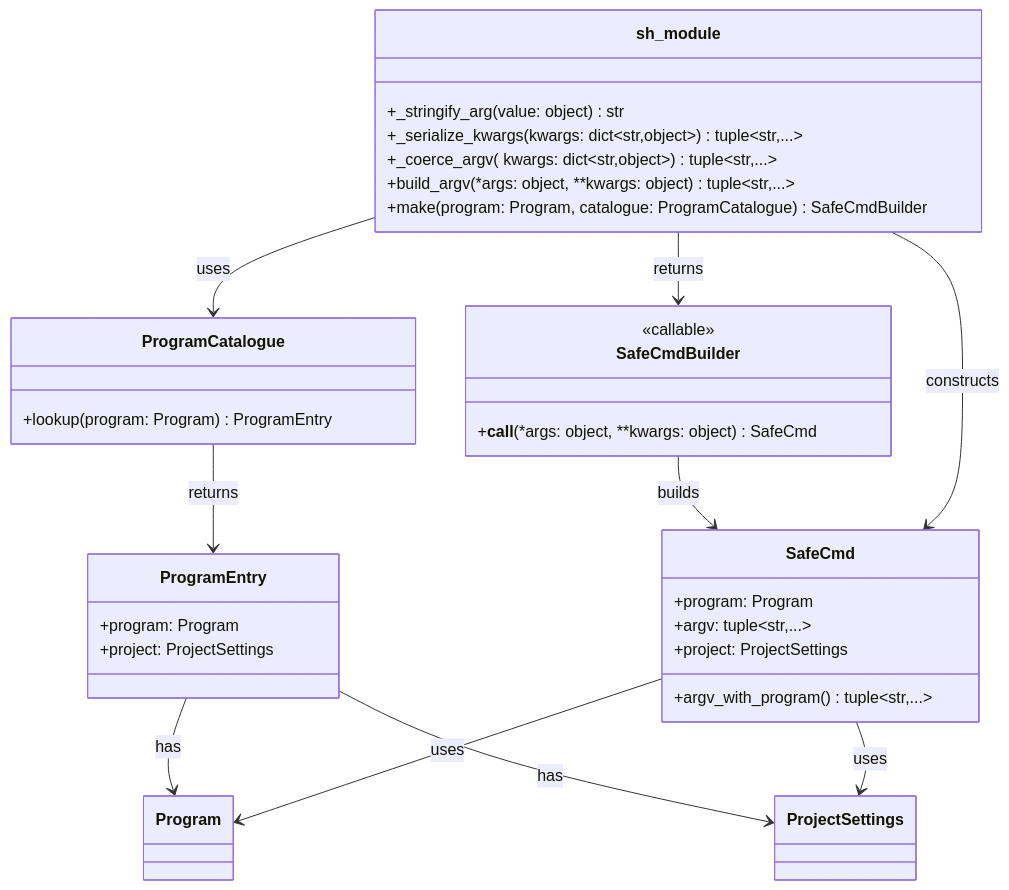
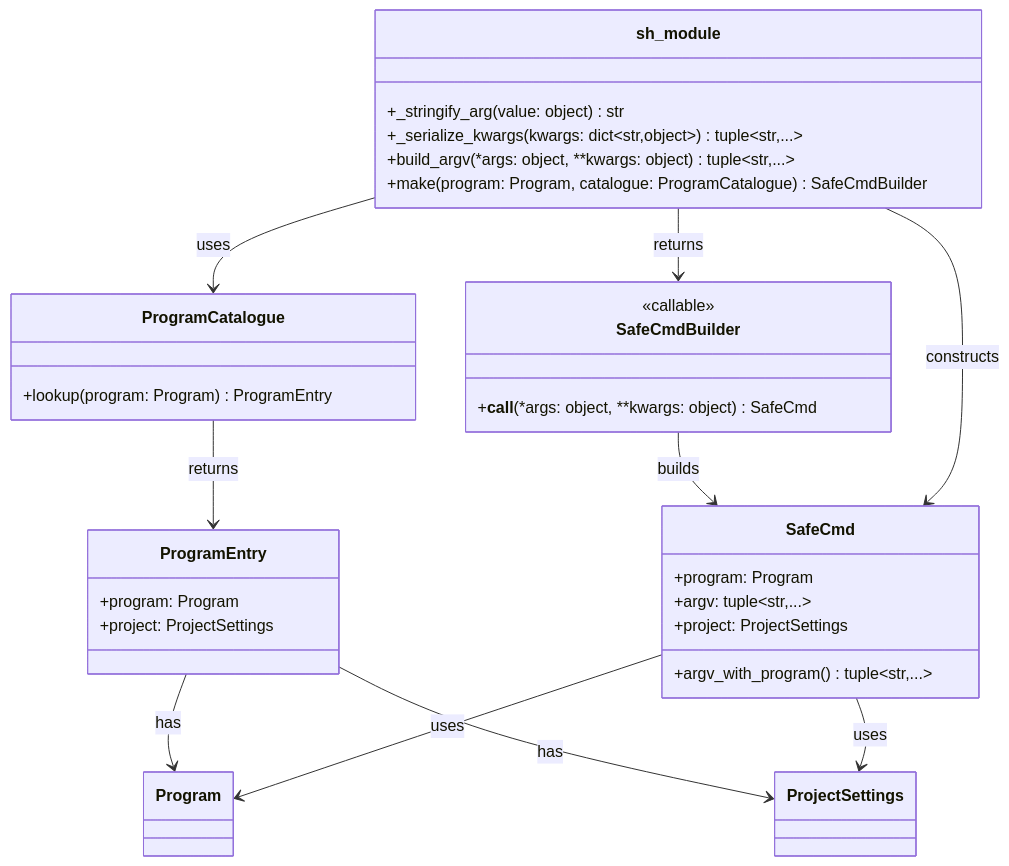
One commit to leynos/cuprum changed the first of 11 diagrams in docs/cuprum-design.md. Above: the diagram before and after it, drawn with Mermaid. The commit also changed other lines of this file and 67 other files, not shown here.

````diff
--- a/docs/cuprum-design.md
+++ b/docs/cuprum-design.md
@@ -548,50 +548,49 @@
 ```mermaid
 classDiagram
     class Program {
     }
 
     class ProjectSettings {
     }
 
     class ProgramCatalogue {
         +lookup(program: Program) ProgramEntry
     }
 
     class ProgramEntry {
         +program: Program
         +project: ProjectSettings
     }
 
     class SafeCmd {
         +program: Program
         +argv: tuple~str,...~
         +project: ProjectSettings
         +argv_with_program() tuple~str,...~
     }
 
     class SafeCmdBuilder {
         <<callable>>
         +__call__(*args: object, **kwargs: object) SafeCmd
     }
 
     class sh_module {
         +_stringify_arg(value: object) str
         +_serialize_kwargs(kwargs: dict~str,object~) tuple~str,...~
-        +_coerce_argv(args: tuple~object,...~, kwargs: dict~str,object~) tuple~str,...~
         +build_argv(*args: object, **kwargs: object) tuple~str,...~
         +make(program: Program, catalogue: ProgramCatalogue) SafeCmdBuilder
     }
 
     ProgramCatalogue --> ProgramEntry : returns
     ProgramEntry --> Program : has
     ProgramEntry --> ProjectSettings : has
 
     SafeCmd --> Program : uses
     SafeCmd --> ProjectSettings : uses
 
     SafeCmdBuilder --> SafeCmd : builds
 
     sh_module --> ProgramCatalogue : uses
     sh_module --> SafeCmdBuilder : returns
     sh_module --> SafeCmd : constructs
 ```
````
